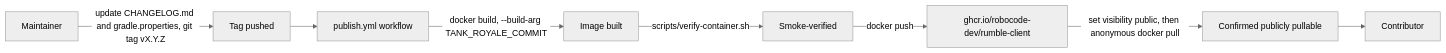
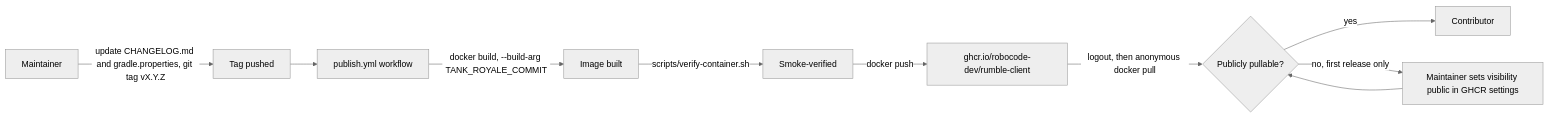
Before and after one commit to robocode-dev/rumble-client: the diagram in docs/capabilities/CAP-001-published-container-image/design.md, drawn with Mermaid (neutral theme). The commit also changed other lines of this file and 2 other files, not shown here.

Commit message:
fix(CH-001): drop the nonexistent GHCR visibility API call
Review found that GitHub's API has no operation to change a package's
visibility, so the prior fix's "Set the GHCR package to public" step
would 404 on every run. Remove it; the pull-confirmation step now
fails loudly and names the real, one-time manual fix (GHCR package
settings), and RELEASING.md/design.md describe that honestly instead
of claiming automation that doesn't exist.

Claude-Session: https://claude.ai/code/session_01Hma5K774H256sXrcqshaff

````diff
--- a/docs/capabilities/CAP-001-published-container-image/design.md
+++ b/docs/capabilities/CAP-001-published-container-image/design.md
@@ -11,10 +11,12 @@
 ```mermaid
 flowchart LR
   Maintainer -->|update CHANGELOG.md and gradle.properties, git tag vX.Y.Z| Tag[Tag pushed]
   Tag --> Publish[publish.yml workflow]
   Publish -->|docker build, --build-arg TANK_ROYALE_COMMIT| Image[Image built]
   Image -->|scripts/verify-container.sh| Verify[Smoke-verified]
   Verify -->|docker push| GHCR[ghcr.io/robocode-dev/rumble-client]
-  GHCR -->|set visibility public, then anonymous docker pull| Confirm[Confirmed publicly pullable]
-  Confirm --> Contributor
+  GHCR -->|logout, then anonymous docker pull| Confirm{Publicly pullable?}
+  Confirm -->|yes| Contributor
+  Confirm -->|no, first release only| Manual[Maintainer sets visibility public in GHCR settings]
+  Manual --> Confirm
 ```
````
